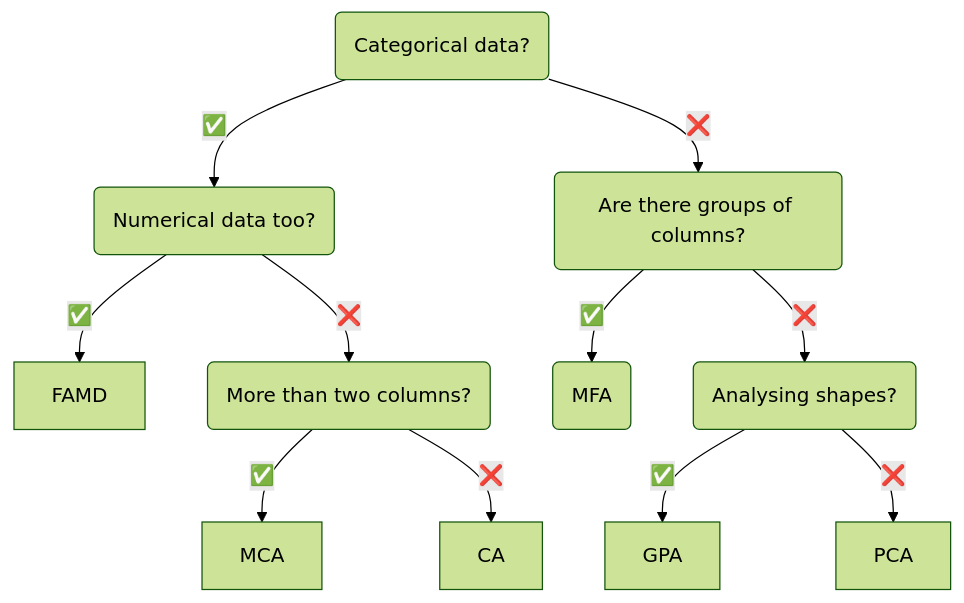
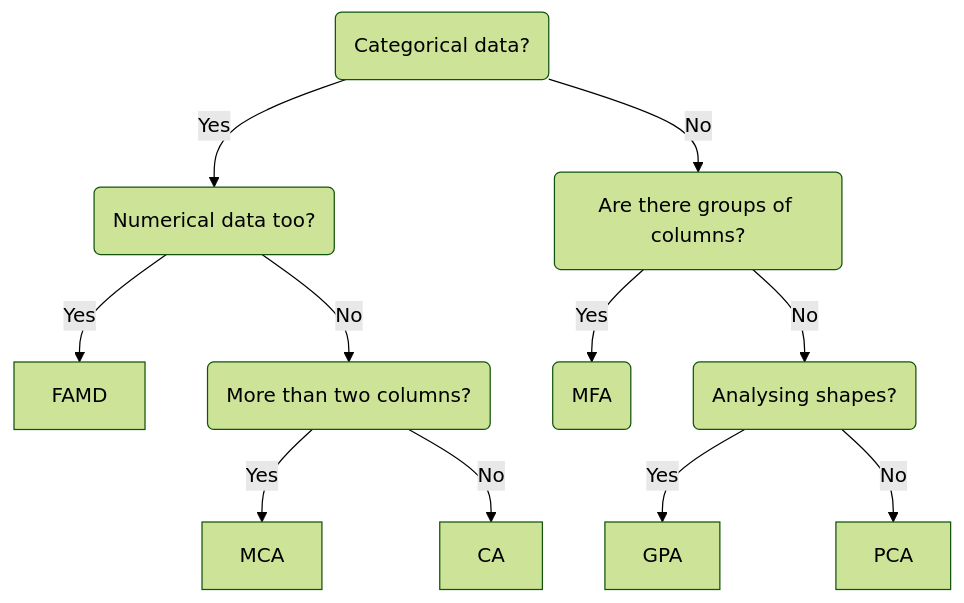
The diagram in README.md (MaxHalford/prince), drawn with Mermaid (forest theme) before and after one commit. The commit also changed other lines of this file, not shown here.

````diff
--- a/README.md
+++ b/README.md
@@ -86,13 +86,13 @@
 ```mermaid
 flowchart TD
-    cat?(Categorical data?) --> |✅| num_too?(Numerical data too?)
-    num_too? --> |✅| FAMD
-    num_too? --> |❌| multiple_cat?(More than two columns?)
-    multiple_cat? --> |✅| MCA
-    multiple_cat? --> |❌| CA
-    cat? --> |❌| groups?(Are there groups of columns?)
-    groups? --> |✅| groups(MFA)
-    groups? --> |❌| shapes?(Analysing shapes?)
-    shapes? --> |✅| GPA
-    shapes? --> |❌| PCA
+    cat?(Categorical data?) --> |Yes| num_too?(Numerical data too?)
+    num_too? --> |Yes| FAMD
+    num_too? --> |No| multiple_cat?(More than two columns?)
+    multiple_cat? --> |Yes| MCA
+    multiple_cat? --> |No| CA
+    cat? --> |No| groups?(Are there groups of columns?)
+    groups? --> |Yes| groups(MFA)
+    groups? --> |No| shapes?(Analysing shapes?)
+    shapes? --> |Yes| GPA
+    shapes? --> |No| PCA
 ```
````
